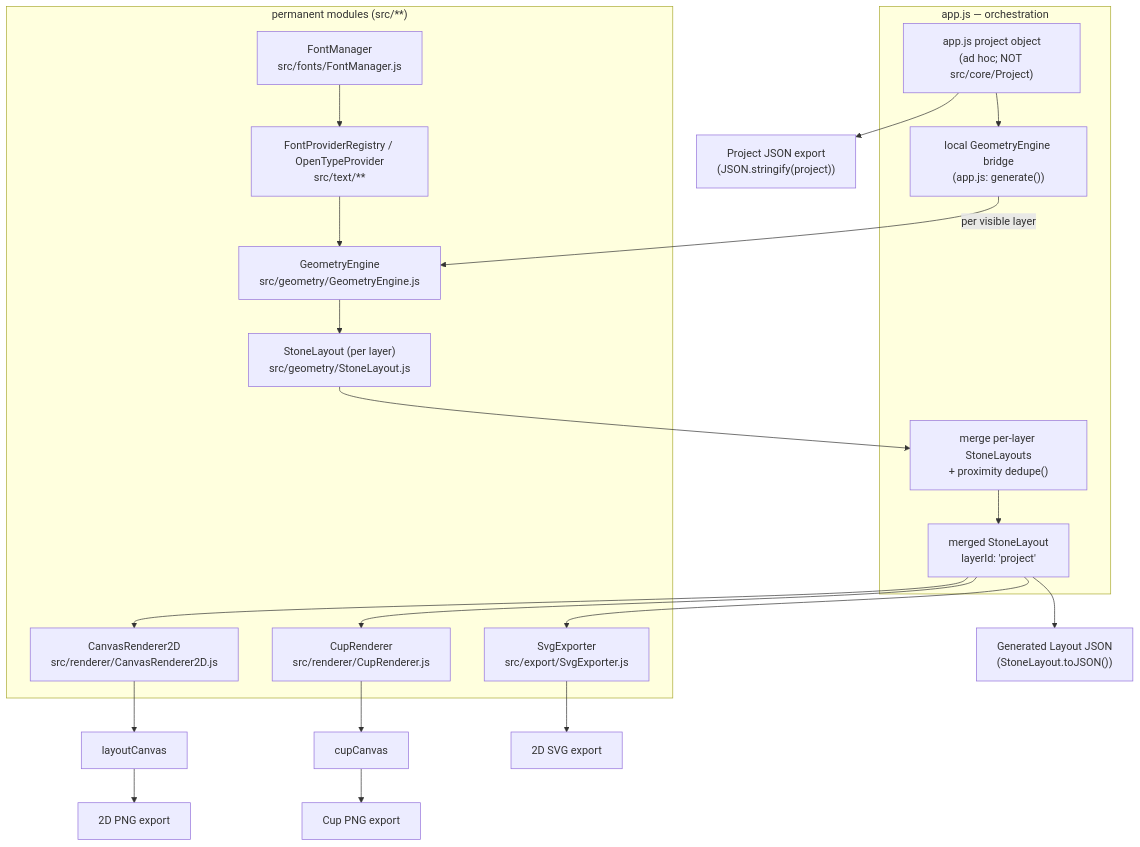
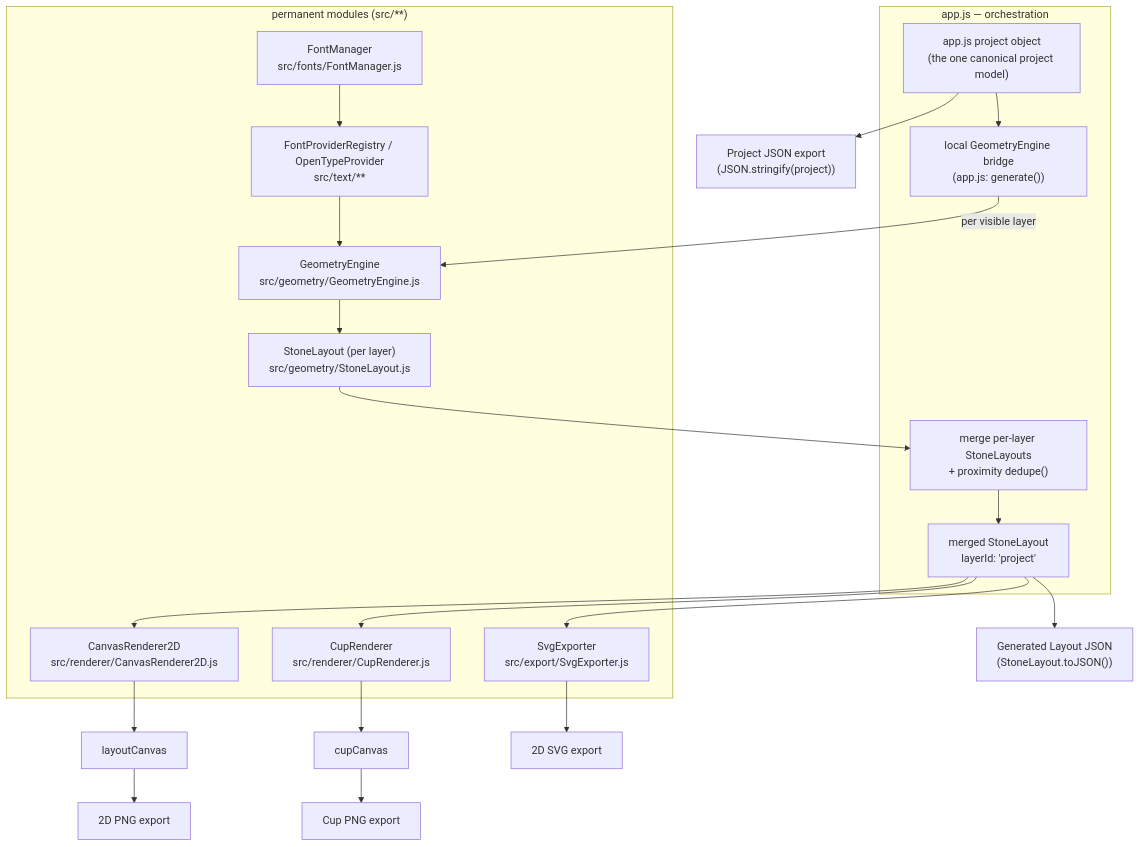
Before and after one commit to alexdruk/Rhinestone-Studio: the first of 6 diagrams in docs/ARCHITECTURE.md, drawn with Mermaid. The commit also changed other lines of this file and 37 other files, not shown here.

First line of the commit message:
refactor(core): RS-2006 Project Model Consolidation

````diff
--- a/docs/ARCHITECTURE.md
+++ b/docs/ARCHITECTURE.md
@@ -729,35 +726,35 @@
 ```mermaid
 flowchart TD
     subgraph AppState["app.js — orchestration"]
-        Project["app.js project object\n(ad hoc; NOT src/core/Project)"]
+        Project["app.js project object\n(the one canonical project model)"]
         LocalGE["local GeometryEngine bridge\n(app.js: generate())"]
         MergeDedupe["merge per-layer StoneLayouts\n+ proximity dedupe()"]
         MergedSL["merged StoneLayout\nlayerId: 'project'"]
     end
 
     subgraph Permanent["permanent modules (src/**)"]
         FM["FontManager\nsrc/fonts/FontManager.js"]
         FPR["FontProviderRegistry / OpenTypeProvider\nsrc/text/**"]
         PermGE["GeometryEngine\nsrc/geometry/GeometryEngine.js"]
         PerLayerSL["StoneLayout (per layer)\nsrc/geometry/StoneLayout.js"]
         R2D["CanvasRenderer2D\nsrc/renderer/CanvasRenderer2D.js"]
         RCup["CupRenderer\nsrc/renderer/CupRenderer.js"]
         Svg["SvgExporter\nsrc/export/SvgExporter.js"]
     end
 
     Project --> LocalGE
     FM --> FPR
     FPR --> PermGE
     LocalGE -->|"per visible layer"| PermGE
     PermGE --> PerLayerSL
     PerLayerSL --> MergeDedupe
     MergeDedupe --> MergedSL
 
     MergedSL --> R2D --> LayoutCanvas["layoutCanvas"]
     MergedSL --> RCup --> CupCanvas["cupCanvas"]
     MergedSL --> Svg --> SVGOut["2D SVG export"]
     MergedSL --> LayoutJSON["Generated Layout JSON\n(StoneLayout.toJSON())"]
     LayoutCanvas --> PNG2D["2D PNG export"]
     CupCanvas --> PNGCup["Cup PNG export"]
     Project --> ProjectJSON["Project JSON export\n(JSON.stringify(project))"]
 ```
````
